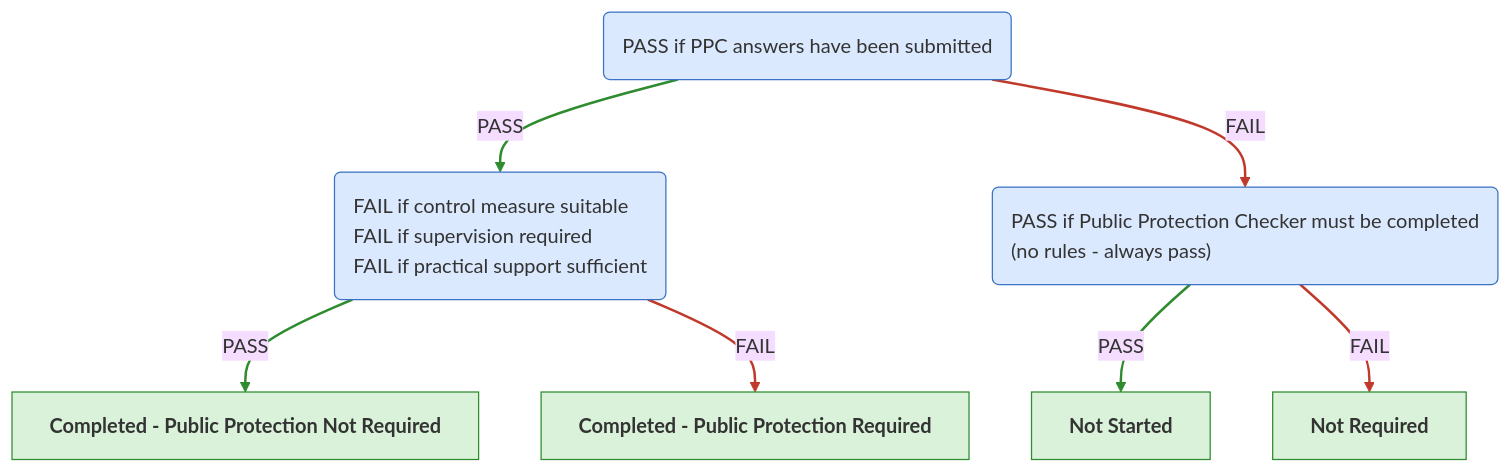
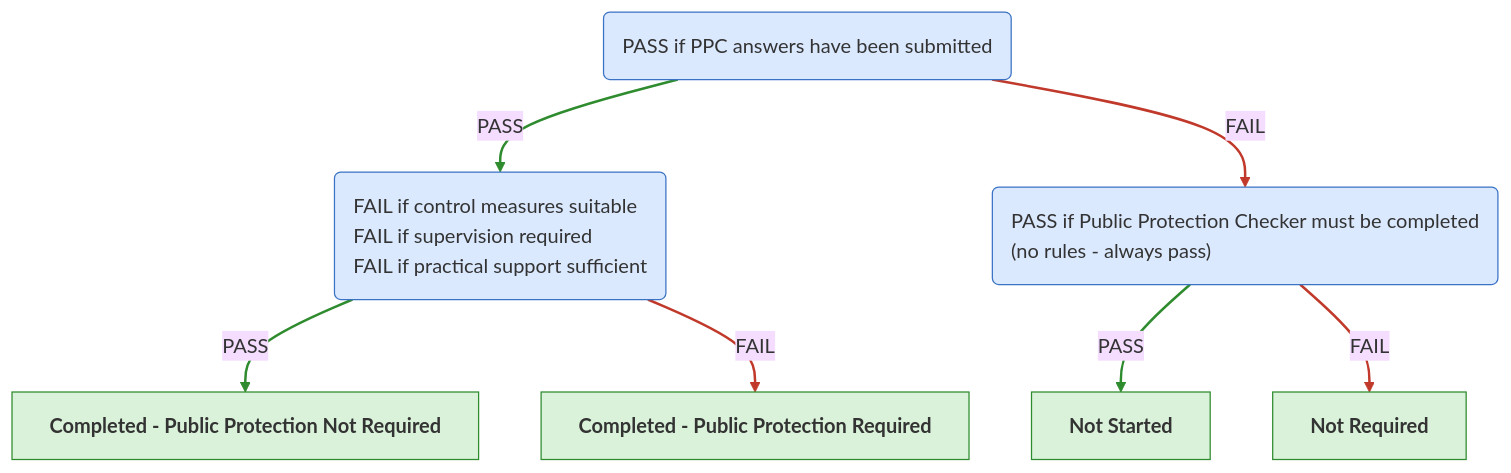
Before and after one commit to ministryofjustice/hmpps-single-accommodation-service-api: the seventh of 7 diagrams in docs/eligibility-rules-graph.md, drawn with Mermaid (base theme). The commit also changed other lines of this file and 33 other files, not shown here.

````diff
--- a/docs/eligibility-rules-graph.md
+++ b/docs/eligibility-rules-graph.md
@@ -820,27 +820,27 @@
 ```mermaid
 %%{init: {"flowchart": {"wrappingWidth": 800}}}%%
 flowchart TD
   PASS_if_PPC_answers_have_been_submitted("<div style='text-align:left'>PASS if PPC answers have been submitted</div>")
-  PASS_if_Public_Protection_not_required("<div style='text-align:left'>FAIL if control measure suitable
+  PASS_if_Public_Protection_not_required("<div style='text-align:left'>FAIL if control measures suitable
 FAIL if supervision required
 FAIL if practical support sufficient</div>")
   PPC_COMPLETED_PUBLIC_PROTECTION_NOT_REQUIRED["<b>Completed - Public Protection Not Required</b>"]
   PPC_COMPLETED_PUBLIC_PROTECTION_REQUIRED["<b>Completed - Public Protection Required</b>"]
   PASS_if_Public_Protection_Checker_must_be_completed("<div style='text-align:left'>PASS if Public Protection Checker must be completed
 (no rules - always pass)</div>")
   PPC_NOT_STARTED["<b>Not Started</b>"]
   PPC_NOT_REQUIRED["<b>Not Required</b>"]
   PASS_if_Public_Protection_not_required -->|PASS| PPC_COMPLETED_PUBLIC_PROTECTION_NOT_REQUIRED
   PASS_if_Public_Protection_not_required -->|FAIL| PPC_COMPLETED_PUBLIC_PROTECTION_REQUIRED
   PASS_if_PPC_answers_have_been_submitted -->|PASS| PASS_if_Public_Protection_not_required
   PASS_if_Public_Protection_Checker_must_be_completed -->|PASS| PPC_NOT_STARTED
   PASS_if_Public_Protection_Checker_must_be_completed -->|FAIL| PPC_NOT_REQUIRED
   PASS_if_PPC_answers_have_been_submitted -->|FAIL| PASS_if_Public_Protection_Checker_must_be_completed
   linkStyle 0,2,3 stroke:#2e8b2e,stroke-width:2px
   linkStyle 1,4,5 stroke:#c0392b,stroke-width:2px
   classDef ruleSetNode fill:#dbe9ff,stroke:#3b73c4,color:#333
   classDef outcomeNode fill:#d9f2d9,stroke:#2e8b2e,color:#333
   classDef updaterNode fill:#fff2cc,stroke:#c99a00,color:#333
   class PASS_if_PPC_answers_have_been_submitted,PASS_if_Public_Protection_not_required,PASS_if_Public_Protection_Checker_must_be_completed ruleSetNode
   class PPC_COMPLETED_PUBLIC_PROTECTION_NOT_REQUIRED,PPC_COMPLETED_PUBLIC_PROTECTION_REQUIRED,PPC_NOT_STARTED,PPC_NOT_REQUIRED outcomeNode
 ```
````
